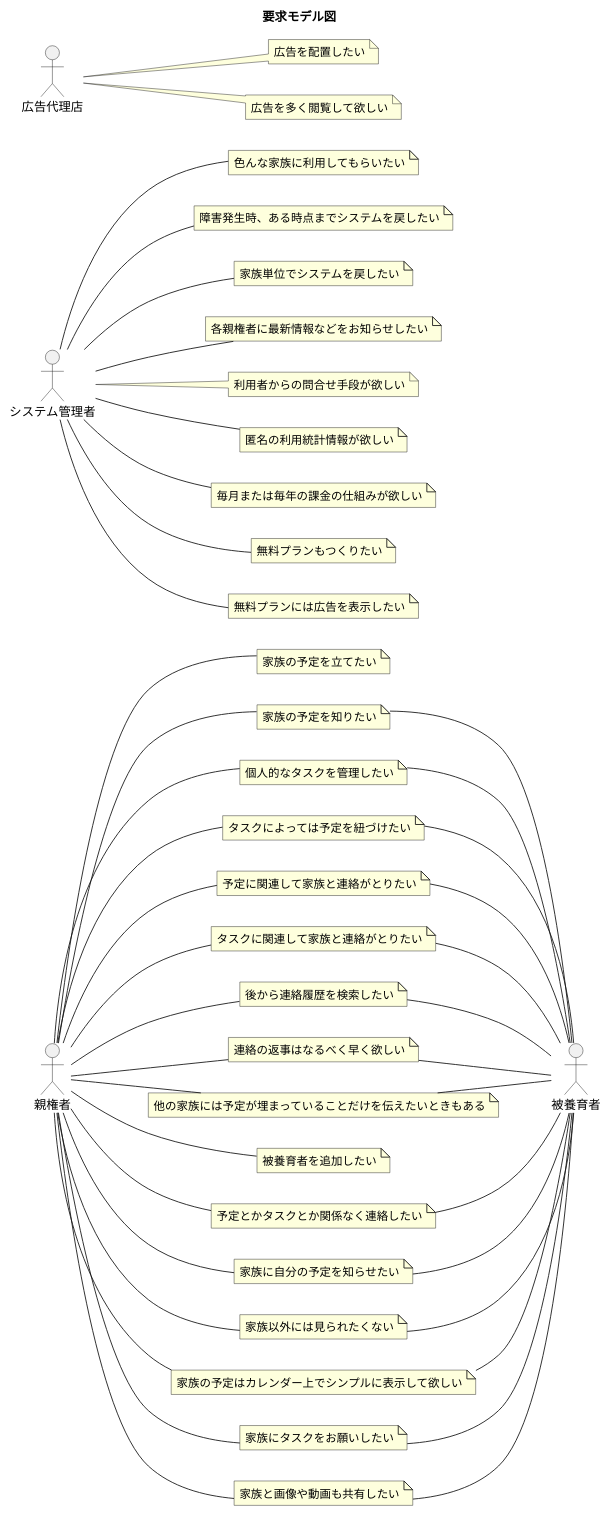
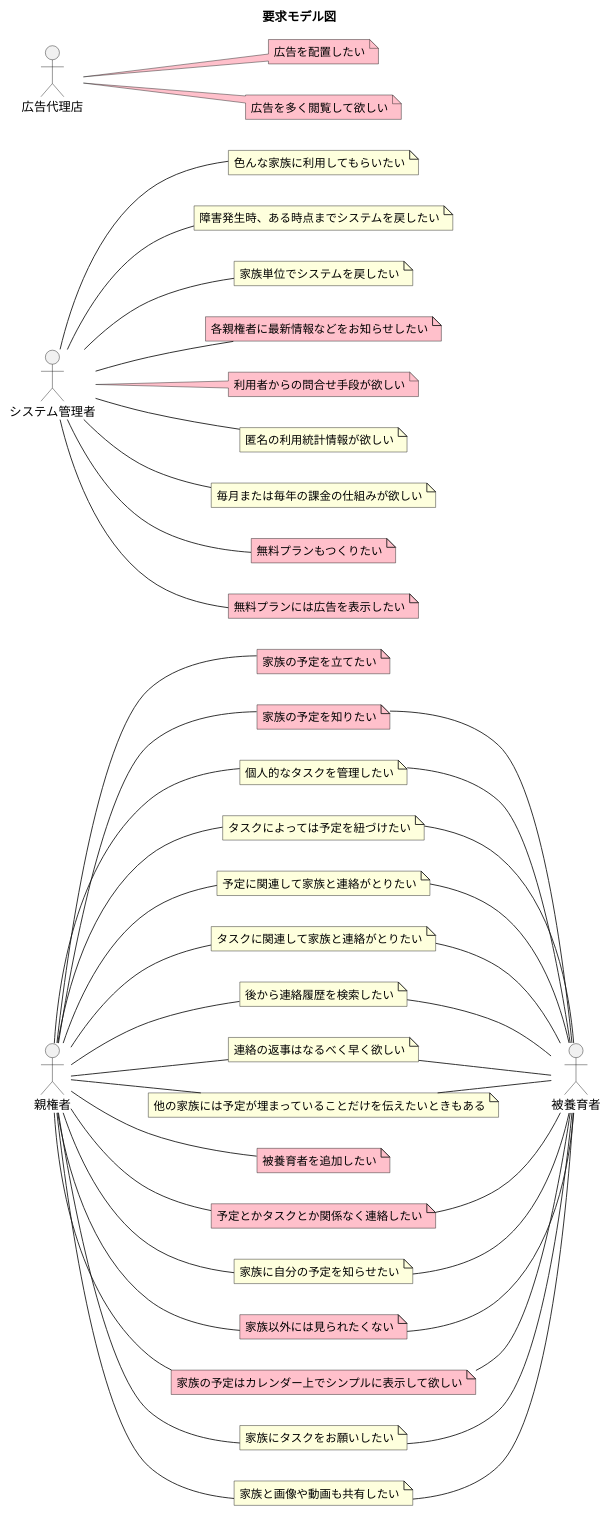
One commit to kusa-mochi/family-dashboard changed the diagram in docs/RDRA2s/requirement-model-diagram.puml. Above: the diagram before and after it, drawn with PlantUML.

Commit message:
colored the important requirements.

```diff
--- a/docs/RDRA2s/requirement-model-diagram.puml
+++ b/docs/RDRA2s/requirement-model-diagram.puml
@@ -1,86 +1,86 @@
 @startuml requirement-model-diagram
 
 title 要求モデル図
 left to right direction
 
 actor 親権者
-note "家族の予定を立てたい" as yk1_1
-note "家族の予定を知りたい" as yk1_2
+note "家族の予定を立てたい" as yk1_1 #Pink
+note "家族の予定を知りたい" as yk1_2 #Pink
 note "個人的なタスクを管理したい" as yk1_3
 note "タスクによっては予定を紐づけたい" as yk1_4
 note "予定に関連して家族と連絡がとりたい" as yk1_5
 note "タスクに関連して家族と連絡がとりたい" as yk1_6
 note "後から連絡履歴を検索したい" as yk1_7
 note "連絡の返事はなるべく早く欲しい" as yk1_8
 note "他の家族には予定が埋まっていることだけを伝えたいときもある" as yk1_9
-note "被養育者を追加したい" as yk1_10
-note "予定とかタスクとか関係なく連絡したい" as yk1_11
+note "被養育者を追加したい" as yk1_10 #Pink
+note "予定とかタスクとか関係なく連絡したい" as yk1_11 #Pink
 note "家族に自分の予定を知らせたい" as yk1_12
-note "家族以外には見られたくない" as yk1_13
-note "家族の予定はカレンダー上でシンプルに表示して欲しい" as yk1_14
+note "家族以外には見られたくない" as yk1_13 #Pink
+note "家族の予定はカレンダー上でシンプルに表示して欲しい" as yk1_14 #Pink
 note "家族にタスクをお願いしたい" as yk1_15
 note "家族と画像や動画も共有したい" as yk1_16
 
 actor 被養育者
 
 actor システム管理者
 note "色んな家族に利用してもらいたい" as kanri_1
 note "障害発生時、ある時点までシステムを戻したい" as kanri_2
 note "家族単位でシステムを戻したい" as kanri_3
-note "各親権者に最新情報などをお知らせしたい" as kanri_4
-note "利用者からの問合せ手段が欲しい" as kanri_5
+note "各親権者に最新情報などをお知らせしたい" as kanri_4 #Pink
+note "利用者からの問合せ手段が欲しい" as kanri_5 #Pink
 note "匿名の利用統計情報が欲しい" as kanri_6
 note "毎月または毎年の課金の仕組みが欲しい" as kanri_7
-note "無料プランもつくりたい" as kanri_8
-note "無料プランには広告を表示したい" as kanri_9
+note "無料プランもつくりたい" as kanri_8 #Pink
+note "無料プランには広告を表示したい" as kanri_9 #Pink
 
 actor 広告代理店
-note "広告を配置したい" as adv_1
-note "広告を多く閲覧して欲しい" as adv_2
+note "広告を配置したい" as adv_1 #Pink
+note "広告を多く閲覧して欲しい" as adv_2 #Pink
 
 親権者 -- yk1_1
 親権者 -- yk1_2
 親権者 -- yk1_3
 親権者 -- yk1_4
 親権者 -- yk1_5
 親権者 -- yk1_6
 親権者 -- yk1_7
 親権者 -- yk1_8
 親権者 -- yk1_9
 親権者 -- yk1_10
 親権者 -- yk1_11
 親権者 -- yk1_12
 親権者 -- yk1_13
 親権者 -- yk1_14
 親権者 -- yk1_15
 親権者 -- yk1_16
 
 yk1_2 -- 被養育者
 yk1_3 -- 被養育者
 yk1_4 -- 被養育者
 yk1_5 -- 被養育者
 yk1_6 -- 被養育者
 yk1_7 -- 被養育者
 yk1_8 -- 被養育者
 yk1_9 -- 被養育者
 yk1_11 -- 被養育者
 yk1_12 -- 被養育者
 yk1_13 -- 被養育者
 yk1_14 -- 被養育者
 yk1_15 -- 被養育者
 yk1_16 -- 被養育者
 
 システム管理者 -- kanri_1
 システム管理者 -- kanri_2
 システム管理者 -- kanri_3
 システム管理者 -- kanri_4
 システム管理者 -- kanri_5
 システム管理者 -- kanri_6
 システム管理者 -- kanri_7
 システム管理者 -- kanri_8
 システム管理者 -- kanri_9
 
 広告代理店 -- adv_1
 広告代理店 -- adv_2
 
 @enduml
```
